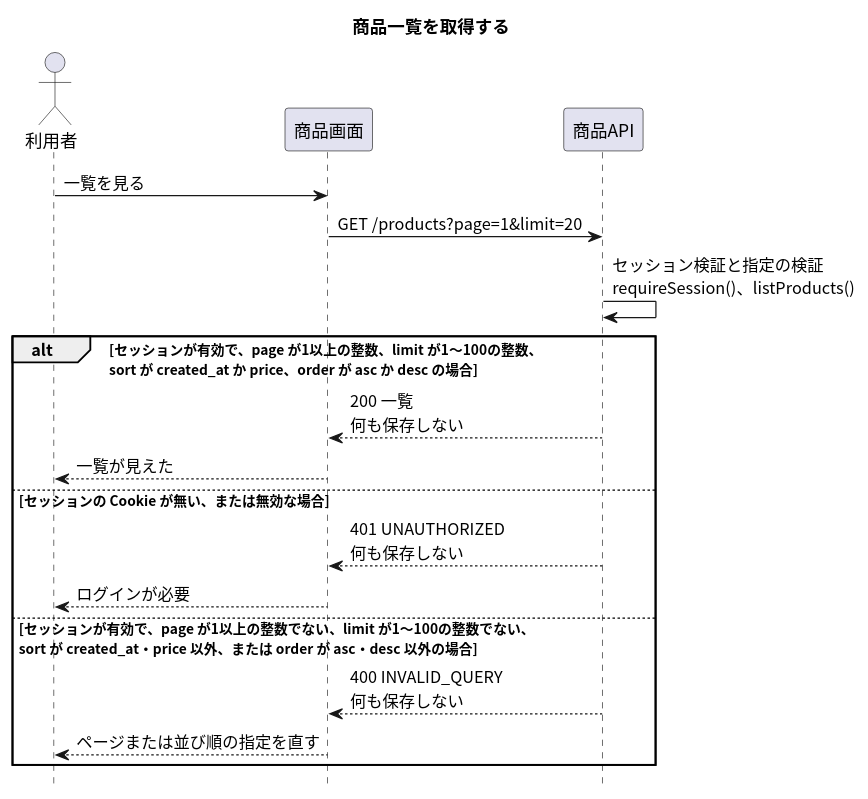
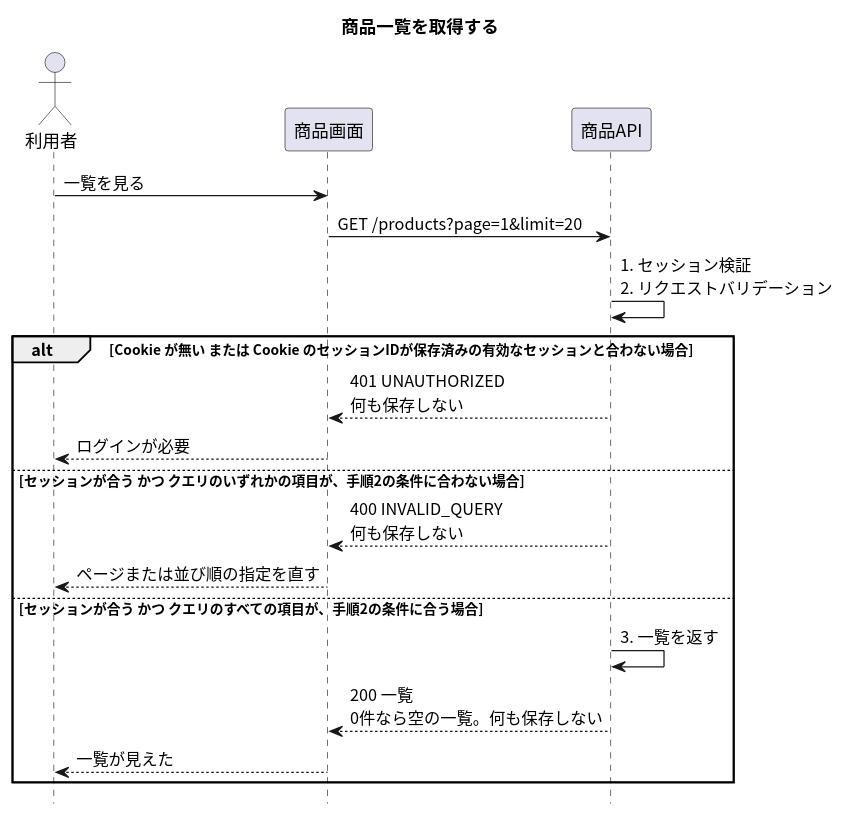
Before and after one commit to masamasamasato/design-doc-template: the diagram in apis/list-products/入口.puml, drawn with PlantUML. The commit also changed 28 other files, not shown here.

```diff
--- a/apis/list-products/入口.puml
+++ b/apis/list-products/入口.puml
@@ -1,27 +1,28 @@
 @startuml
 skinparam shadowing false
 skinparam defaultFontName "Noto Sans CJK JP"
 skinparam SequenceFontName "Noto Sans CJK JP"
 skinparam NoteBackgroundColor #FFFFCC
 hide footbox
 
 title 商品一覧を取得する
 
 actor "利用者" as User
 participant "商品画面" as Screen
 participant "商品API" as API
 
 User -> Screen : 一覧を見る
 Screen -> API : GET /products?page=1&limit=20
-API -> API : セッション検証と指定の検証\nrequireSession()、listProducts()
-alt セッションが有効で、page が1以上の整数、limit が1〜100の整数、\nsort が created_at か price、order が asc か desc の場合
-  API --> Screen : 200 一覧\n何も保存しない
-  Screen --> User : 一覧が見えた
-else セッションの Cookie が無い、または無効な場合
+API -> API : 1. セッション検証\n2. リクエストバリデーション
+alt Cookie が無い または Cookie のセッションIDが保存済みの有効なセッションと合わない場合
   API --> Screen : 401 UNAUTHORIZED\n何も保存しない
   Screen --> User : ログインが必要
-else セッションが有効で、page が1以上の整数でない、limit が1〜100の整数でない、\nsort が created_at・price 以外、または order が asc・desc 以外の場合
+else セッションが合う かつ クエリのいずれかの項目が、手順2の条件に合わない場合
   API --> Screen : 400 INVALID_QUERY\n何も保存しない
   Screen --> User : ページまたは並び順の指定を直す
+else セッションが合う かつ クエリのすべての項目が、手順2の条件に合う場合
+  API -> API : 3. 一覧を返す
+  API --> Screen : 200 一覧\n0件なら空の一覧。何も保存しない
+  Screen --> User : 一覧が見えた
 end
 @enduml
```
